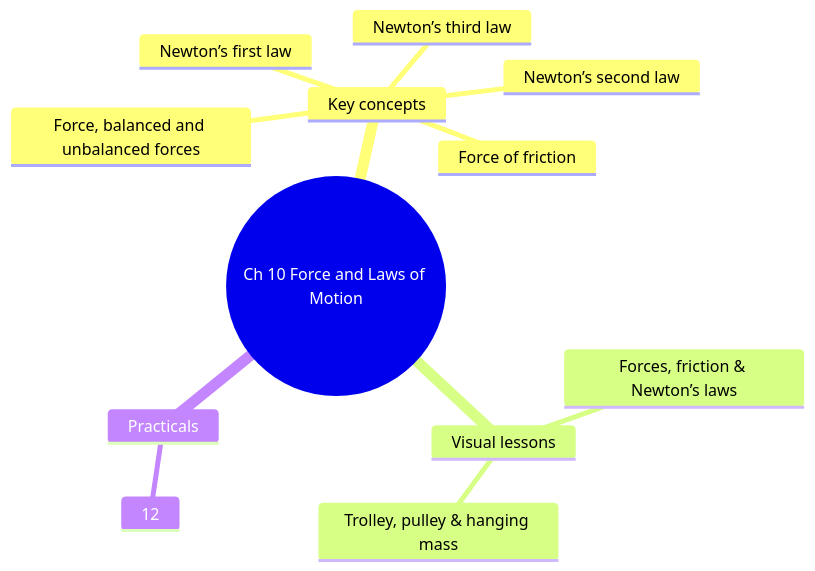
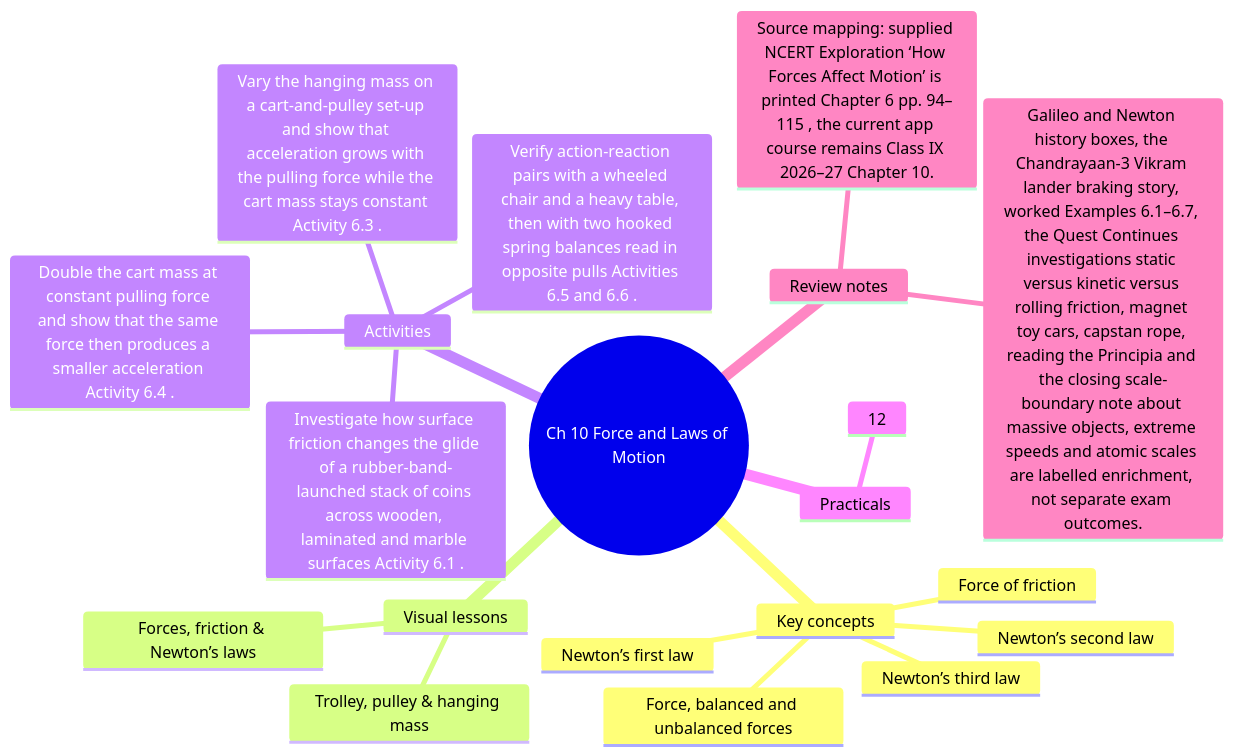
Before and after one commit to anveshix/ifinite-horizon: the tenth of 26 diagrams in docs/CHAPTER_MINDMAPS.md, drawn with Mermaid. The commit also changed other lines of this file and 18 other files, not shown here.

First line of the commit message:
Add source-grounded bilingual chapter companions for Motion, Mixtures and Force

````diff
--- a/docs/CHAPTER_MINDMAPS.md
+++ b/docs/CHAPTER_MINDMAPS.md
@@ -402,15 +418,23 @@
 ```mermaid
 mindmap
   root((Ch 10 Force and Laws of Motion))
     Key concepts
       Force, balanced and unbalanced forces
       Force of friction
       Newton’s first law
       Newton’s second law
       Newton’s third law
     Visual lessons
       Forces, friction & Newton’s laws
       Trolley, pulley & hanging mass
+    Activities
+      Investigate how surface friction changes the glide of a rubber-band-launched stack of coins across wooden, laminated and marble surfaces Activity 6.1 .
+      Vary the hanging mass on a cart-and-pulley set-up and show that acceleration grows with the pulling force while the cart mass stays constant Activity 6.3 .
+      Double the cart mass at constant pulling force and show that the same force then produces a smaller acceleration Activity 6.4 .
+      Verify action-reaction pairs with a wheeled chair and a heavy table, then with two hooked spring balances read in opposite pulls Activities 6.5 and 6.6 .
     Practicals
       12
+    Review notes
+      Source mapping: supplied NCERT Exploration ‘How Forces Affect Motion’ is printed Chapter 6 pp. 94–115 , the current app course remains Class IX 2026–27 Chapter 10.
+      Galileo and Newton history boxes, the Chandrayaan-3 Vikram lander braking story, worked Examples 6.1–6.7, the Quest Continues investigations static versus kinetic versus rolling friction, magnet toy cars, capstan rope, reading the Principia and the closing scale-boundary note about massive objects, extreme speeds and atomic scales are labelled enrichment, not separate exam outcomes.
 ```
````
